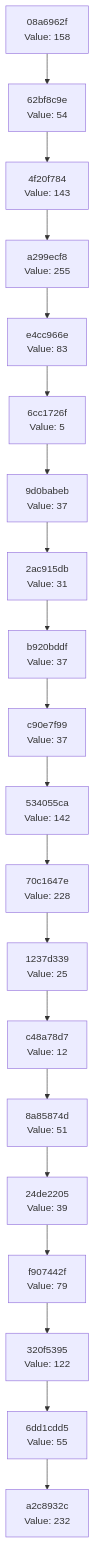
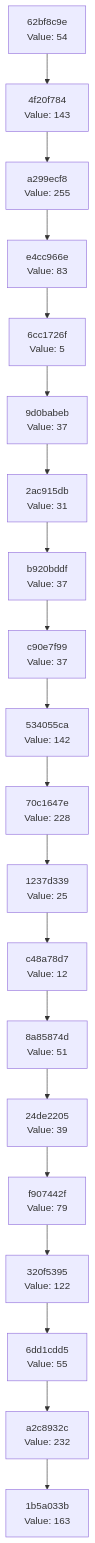
Before and after one commit to Abhisheksinha1506/hash-chain-evolver: the diagram in docs/CHAIN_VISUALIZATION.md, drawn with Mermaid. The commit also changed 2 other files, not shown here.

Commit message:
Evolution step: hash 0xA3 → action executed

````diff
--- a/docs/CHAIN_VISUALIZATION.md
+++ b/docs/CHAIN_VISUALIZATION.md
@@ -3,42 +3,42 @@
 ```mermaid
 graph TD
-    C0["a2c8932c<br/>Value: 232"]
-    C1["6dd1cdd5<br/>Value: 55"]
+    C0["1b5a033b<br/>Value: 163"]
+    C1["a2c8932c<br/>Value: 232"]
     C1 --> C0
-    C2["320f5395<br/>Value: 122"]
+    C2["6dd1cdd5<br/>Value: 55"]
     C2 --> C1
-    C3["f907442f<br/>Value: 79"]
+    C3["320f5395<br/>Value: 122"]
     C3 --> C2
-    C4["24de2205<br/>Value: 39"]
+    C4["f907442f<br/>Value: 79"]
     C4 --> C3
-    C5["8a85874d<br/>Value: 51"]
+    C5["24de2205<br/>Value: 39"]
     C5 --> C4
-    C6["c48a78d7<br/>Value: 12"]
+    C6["8a85874d<br/>Value: 51"]
     C6 --> C5
-    C7["1237d339<br/>Value: 25"]
+    C7["c48a78d7<br/>Value: 12"]
     C7 --> C6
-    C8["70c1647e<br/>Value: 228"]
+    C8["1237d339<br/>Value: 25"]
     C8 --> C7
-    C9["534055ca<br/>Value: 142"]
+    C9["70c1647e<br/>Value: 228"]
     C9 --> C8
-    C10["c90e7f99<br/>Value: 37"]
+    C10["534055ca<br/>Value: 142"]
     C10 --> C9
-    C11["b920bddf<br/>Value: 37"]
+    C11["c90e7f99<br/>Value: 37"]
     C11 --> C10
-    C12["2ac915db<br/>Value: 31"]
+    C12["b920bddf<br/>Value: 37"]
     C12 --> C11
-    C13["9d0babeb<br/>Value: 37"]
+    C13["2ac915db<br/>Value: 31"]
     C13 --> C12
-    C14["6cc1726f<br/>Value: 5"]
+    C14["9d0babeb<br/>Value: 37"]
     C14 --> C13
-    C15["e4cc966e<br/>Value: 83"]
+    C15["6cc1726f<br/>Value: 5"]
     C15 --> C14
-    C16["a299ecf8<br/>Value: 255"]
+    C16["e4cc966e<br/>Value: 83"]
     C16 --> C15
-    C17["4f20f784<br/>Value: 143"]
+    C17["a299ecf8<br/>Value: 255"]
     C17 --> C16
-    C18["62bf8c9e<br/>Value: 54"]
+    C18["4f20f784<br/>Value: 143"]
     C18 --> C17
-    C19["08a6962f<br/>Value: 158"]
+    C19["62bf8c9e<br/>Value: 54"]
     C19 --> C18
 ```
````
